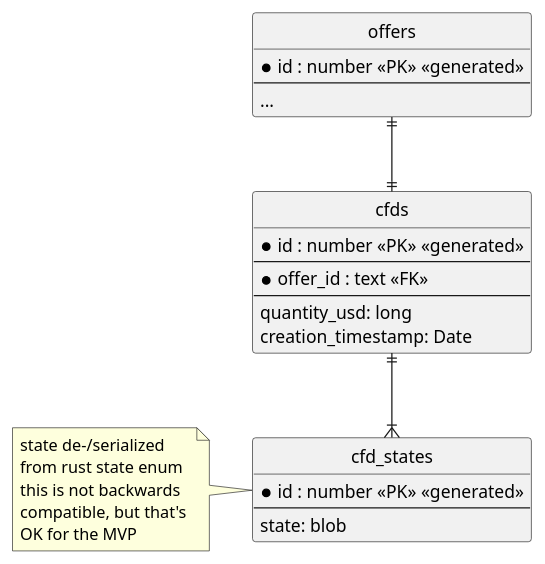
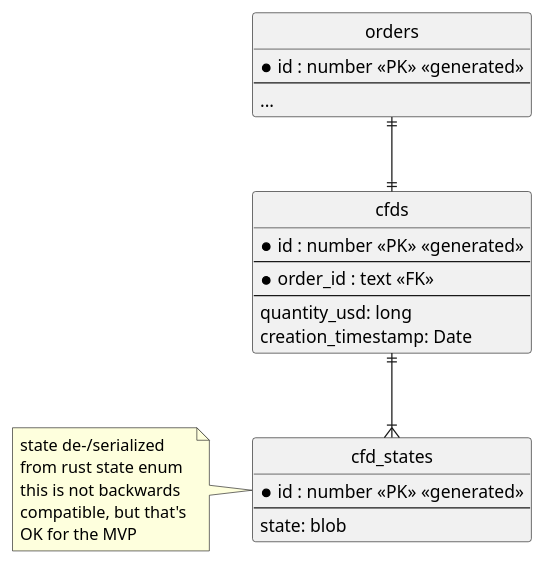
Before and after one commit to get10101/itchysats: the diagram in docs/asset/mvp_maker_taker_db.puml, drawn with PlantUML. The commit also changed 21 other files, not shown here.

Commit message:
Rename offer to order. Everywhere!!!

```diff
--- a/docs/asset/mvp_maker_taker_db.puml
+++ b/docs/asset/mvp_maker_taker_db.puml
@@ -1,37 +1,37 @@
 @startuml
 
 ' hide the spot
 hide circle
 
 ' avoid problems with angled crows feet
 skinparam linetype ortho
 
-entity "offers" as offer {
+entity "orders" as order {
     *id : number <<PK>> <<generated>>
     --
     ...
 }
 
 entity "cfds" as cfd {
   *id : number <<PK>> <<generated>>
   --
-  *offer_id : text <<FK>>
+  *order_id : text <<FK>>
   --
   quantity_usd: long
   creation_timestamp: Date
 }
 
 entity "cfd_states" as cfd_states {
     *id : number <<PK>> <<generated>>
     --
     state: blob
 }
 note left: state de-/serialized \nfrom rust state enum \nthis is not backwards\ncompatible, but that's \nOK for the MVP
 
 
-offer ||--|| cfd
+order ||--|| cfd
 
 cfd ||--|{ cfd_states
 
 
 @enduml
```
